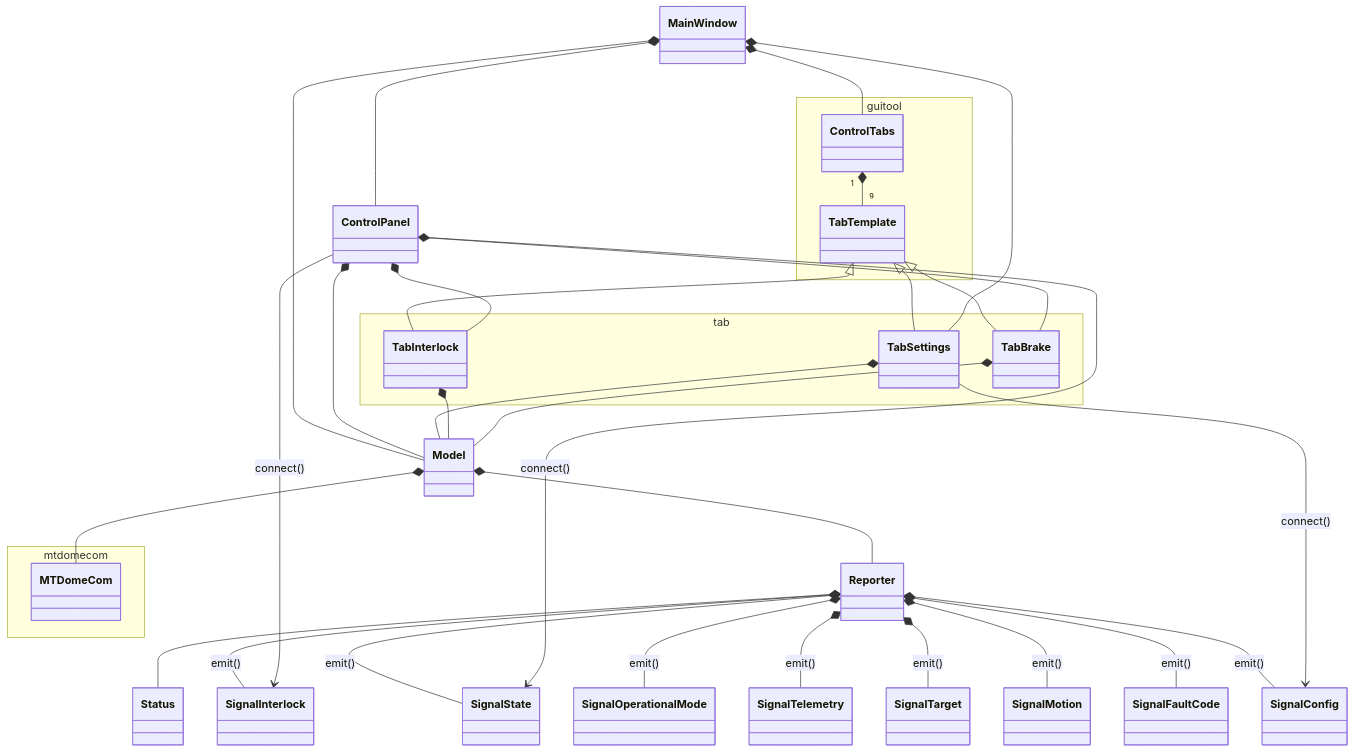
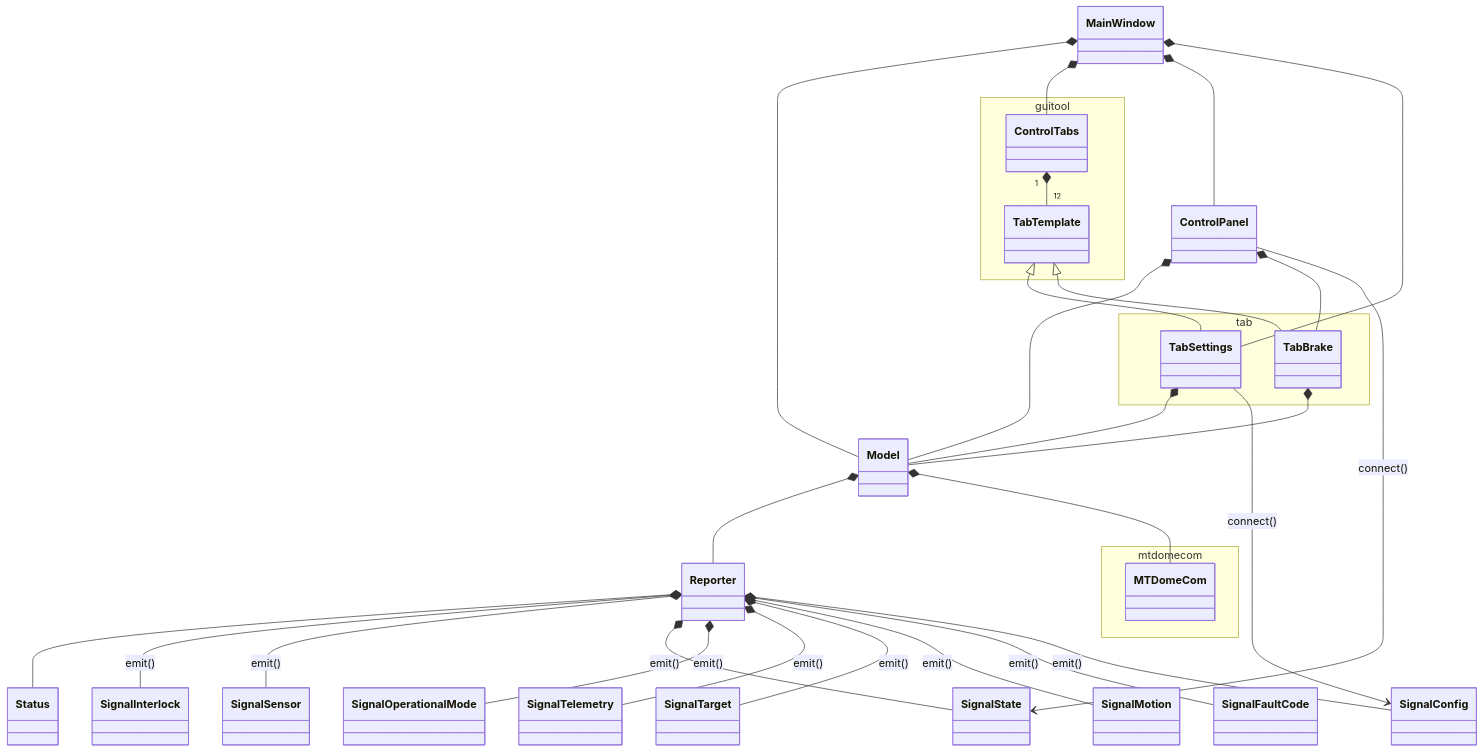
One commit to lsst-ts/ts_mtdomegui changed the diagram in doc/uml/class_mtdomegui.mmd. Above: the diagram before and after it, drawn with Mermaid. The commit also changed 4 other files, not shown here.

Commit message:
Update the UML.

```diff
--- a/doc/uml/class_mtdomegui.mmd
+++ b/doc/uml/class_mtdomegui.mmd
@@ -1,52 +1,48 @@
 classDiagram
 
 namespace mtdomecom {
   class MTDomeCom
 }
 
 namespace guitool {
   class ControlTabs
   class TabTemplate
 }
 
 namespace tab {
   class TabSettings
-  class TabInterlock
   class TabBrake
 }
 
 TabTemplate <|-- TabSettings
-TabTemplate <|-- TabInterlock
 TabTemplate <|-- TabBrake
 
 MainWindow *-- Model
 MainWindow *-- ControlTabs
 MainWindow *-- ControlPanel
 MainWindow *-- TabSettings
 
 Model *-- Reporter
 Model *-- MTDomeCom
 
 Reporter *-- Status
 Reporter *-- SignalInterlock : emit()
+Reporter *-- SignalSensor : emit()
 Reporter *-- SignalState : emit()
 Reporter *-- SignalOperationalMode : emit()
 Reporter *-- SignalTelemetry : emit()
 Reporter *-- SignalTarget : emit()
 Reporter *-- SignalMotion : emit()
 Reporter *-- SignalFaultCode : emit()
 Reporter *-- SignalConfig : emit()
 
 ControlPanel *-- Model
-ControlPanel *-- TabInterlock
 ControlPanel *-- TabBrake
-ControlPanel --> SignalInterlock : connect()
 ControlPanel --> SignalState : connect()
 
 TabSettings *-- Model
 TabSettings --> SignalConfig : connect()
 
-TabInterlock *-- Model
 TabBrake *-- Model
 
-ControlTabs "1" *-- "9" TabTemplate
+ControlTabs "1" *-- "12" TabTemplate
```
